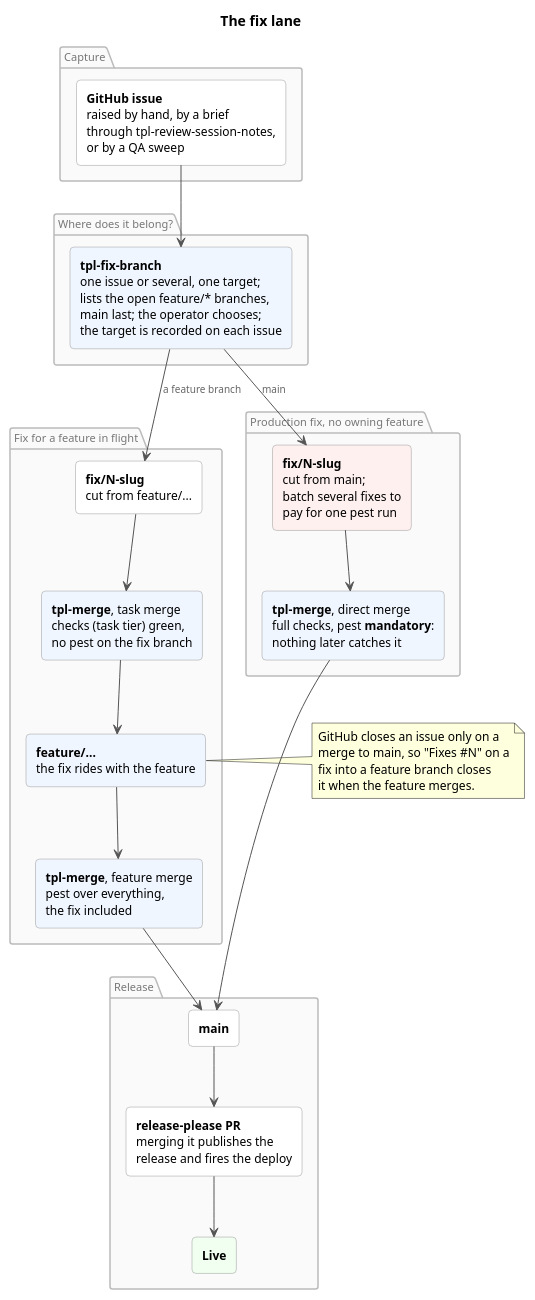
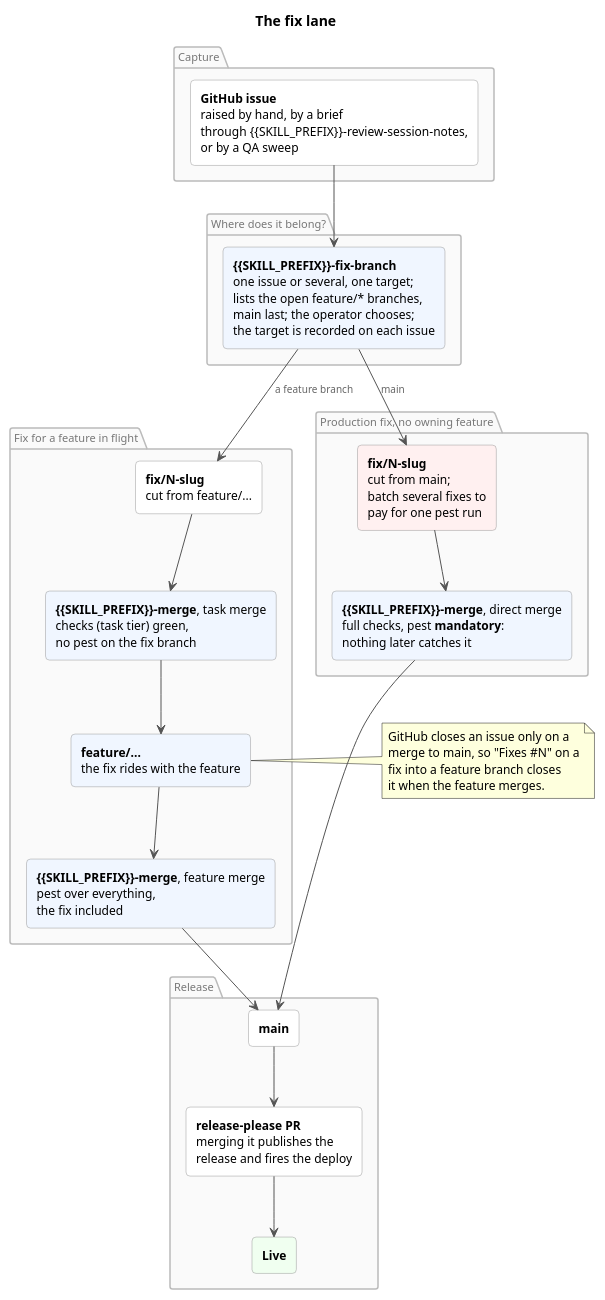
The diagram in docs/development/workflow-fix.puml (AnalysisByDesign/laravel_template), drawn with PlantUML before and after one commit. The commit also changed 97 other files, not shown here.

```diff
--- a/docs/development/workflow-fix.puml
+++ b/docs/development/workflow-fix.puml
@@ -1,78 +1,78 @@
 @startuml workflow-fix
 ' The fix lane: a defect or small change tracked as a GitHub issue.
 '
 ' One of three lane diagrams (feature, work package, fix). The branches
 ' each step works on are in docs/development/branching-model.puml.
 ' The pre-commit hook renders the PNG for any staged .puml automatically;
 ' render the PDF with `plantuml -tpdf docs/development/workflow-fix.puml`.
 
 title The fix lane
 
 skinparam backgroundColor #FFFFFF
 skinparam shadowing false
 skinparam defaultFontName Helvetica
 skinparam defaultFontSize 12
 skinparam ArrowColor #555555
 skinparam ArrowFontSize 10
 skinparam ArrowFontColor #666666
 
 skinparam rectangle {
   BorderColor #999999
   BackgroundColor #FFFFFF
   FontSize 12
   roundCorner 8
 }
 skinparam package {
   BorderColor #BBBBBB
   BackgroundColor #FAFAFA
   FontColor #777777
   FontSize 11
   FontStyle plain
 }
 
 package "Capture" {
-  rectangle "**GitHub issue**\nraised by hand, by a brief\nthrough tpl-review-session-notes,\nor by a QA sweep" as issue
+  rectangle "**GitHub issue**\nraised by hand, by a brief\nthrough {{SKILL_PREFIX}}-review-session-notes,\nor by a QA sweep" as issue
 }
 
 package "Where does it belong?" {
-  rectangle "**tpl-fix-branch**\none issue or several, one target;\nlists the open feature/* branches,\nmain last; the operator chooses;\nthe target is recorded on each issue" as fixskill #F0F6FF
+  rectangle "**{{SKILL_PREFIX}}-fix-branch**\none issue or several, one target;\nlists the open feature/* branches,\nmain last; the operator chooses;\nthe target is recorded on each issue" as fixskill #F0F6FF
 }
 
 package "Fix for a feature in flight" {
   rectangle "**fix/N-slug**\ncut from feature/..." as ffix
-  rectangle "**tpl-merge**, task merge\nchecks (task tier) green,\nno pest on the fix branch" as ftask #F0F6FF
+  rectangle "**{{SKILL_PREFIX}}-merge**, task merge\nchecks (task tier) green,\nno pest on the fix branch" as ftask #F0F6FF
   rectangle "**feature/...**\nthe fix rides with the feature" as feat #F0F6FF
-  rectangle "**tpl-merge**, feature merge\npest over everything,\nthe fix included" as featmerge #F0F6FF
+  rectangle "**{{SKILL_PREFIX}}-merge**, feature merge\npest over everything,\nthe fix included" as featmerge #F0F6FF
 }
 
 package "Production fix, no owning feature" {
   rectangle "**fix/N-slug**\ncut from main;\nbatch several fixes to\npay for one pest run" as pfix #FFF0F0
-  rectangle "**tpl-merge**, direct merge\nfull checks, pest **mandatory**:\nnothing later catches it" as pmerge #F0F6FF
+  rectangle "**{{SKILL_PREFIX}}-merge**, direct merge\nfull checks, pest **mandatory**:\nnothing later catches it" as pmerge #F0F6FF
 }
 
 package "Release" {
   rectangle "**main**" as main
   rectangle "**release-please PR**\nmerging it publishes the\nrelease and fires the deploy" as release
   rectangle "**Live**" as live #F0FFF0
 }
 
 issue --> fixskill
 fixskill --> ffix : a feature branch
 fixskill --> pfix : main
 ffix --> ftask
 ftask --> feat
 feat --> featmerge
 featmerge --> main
 pfix --> pmerge
 pmerge --> main
 main --> release
 release --> live
 
 note right of feat
   GitHub closes an issue only on a
   merge to main, so "Fixes #N" on a
   fix into a feature branch closes
   it when the feature merges.
 end note
 
 @enduml
```
